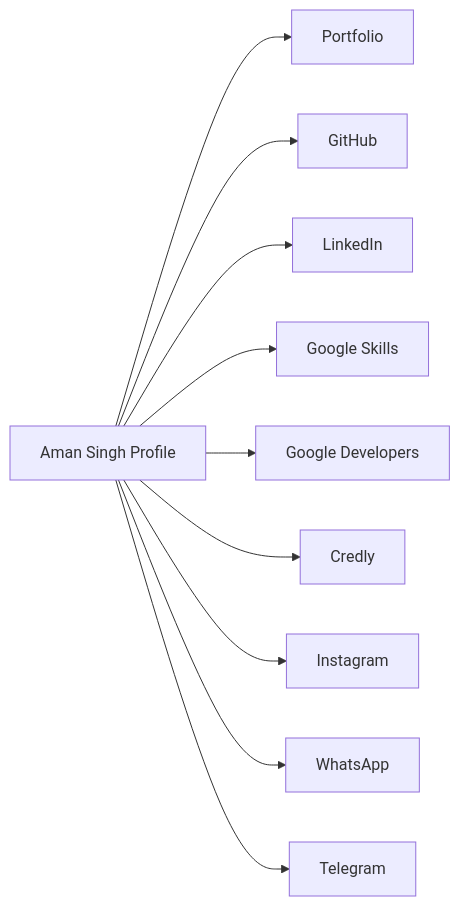
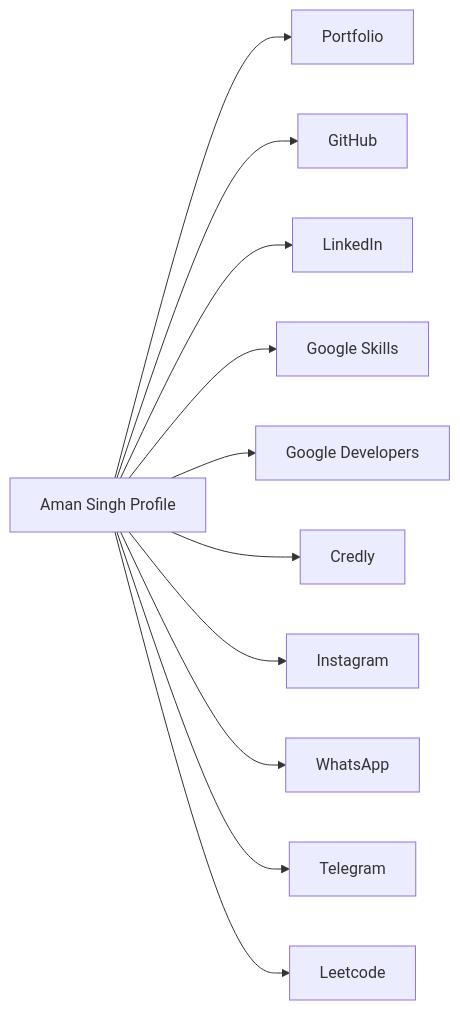
One commit to aman-singh-ai/aman-singh-ai-linktree changed the diagram in README.md. Above: the diagram before and after it, drawn with Mermaid.

Commit message:
Add Leetcode link to README diagram
Added Leetcode link to the diagram.

````diff
--- a/README.md
+++ b/README.md
@@ -30,12 +30,13 @@
 ```mermaid
 flowchart LR
     A[Aman Singh Profile] --> B[Portfolio]
     A --> C[GitHub]
     A --> D[LinkedIn]
     A --> E[Google Skills]
     A --> F[Google Developers]
     A --> G[Credly]
     A --> H[Instagram]
     A --> I[WhatsApp]
     A --> J[Telegram]
+    A --> K[Leetcode]
 ```
````
